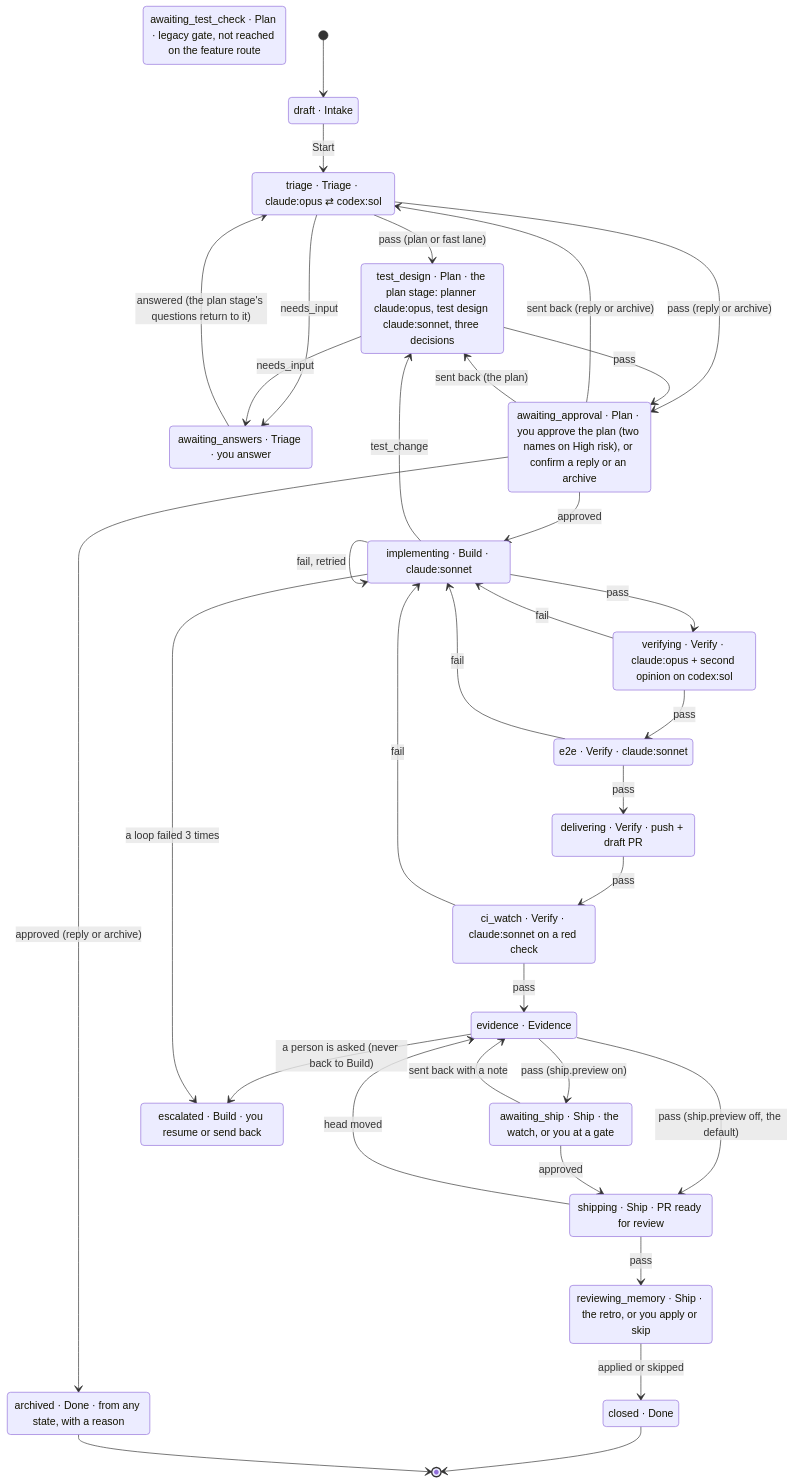
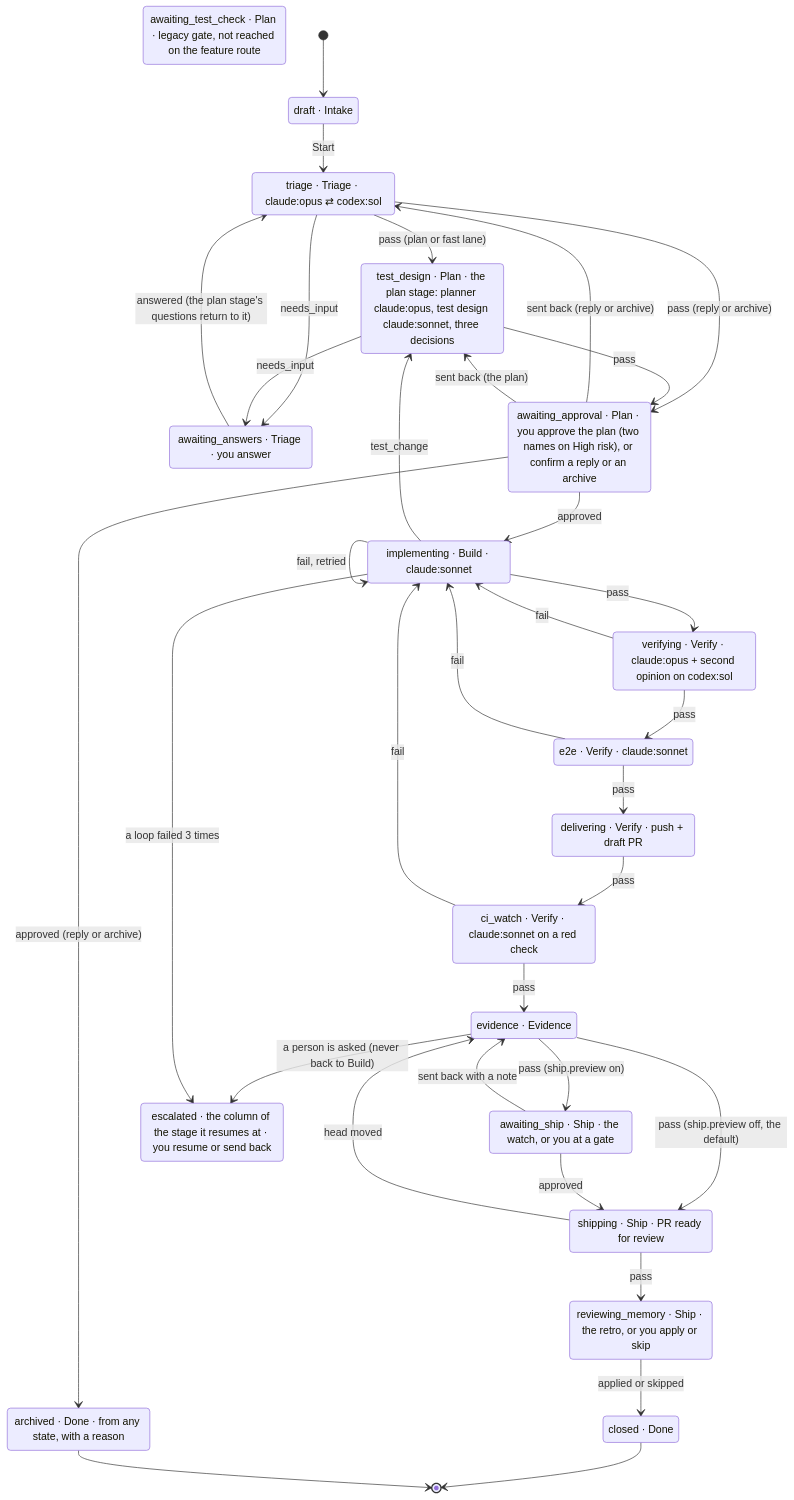
One commit to HigorAlves/luna-tui changed the second of 3 diagrams in docs/architecture.md. Above: the diagram before and after it, drawn with Mermaid. The commit also changed other lines of this file and 25 other files, not shown here.

First line of the commit message:
fix: one approver by default, stage init, conflict handling, escalated cards keep their column (#222)

````diff
--- a/docs/architecture.md
+++ b/docs/architecture.md
@@ -216,56 +216,56 @@
 ```mermaid
 stateDiagram-v2
   direction TB
   draft: draft · Intake
   triage: triage · Triage · claude:opus ⇄ codex:sol
   awaiting_answers: awaiting_answers · Triage · you answer
   awaiting_approval: awaiting_approval · Plan · you approve the plan (two names on High risk), or confirm a reply or an archive
   test_design: test_design · Plan · the plan stage: planner claude:opus, test design claude:sonnet, three decisions
   awaiting_test_check: awaiting_test_check · Plan · legacy gate, not reached on the feature route
   implementing: implementing · Build · claude:sonnet
   verifying: verifying · Verify · claude:opus + second opinion on codex:sol
   e2e: e2e · Verify · claude:sonnet
   delivering: delivering · Verify · push + draft PR
   ci_watch: ci_watch · Verify · claude:sonnet on a red check
   evidence: evidence · Evidence
   awaiting_ship: awaiting_ship · Ship · the watch, or you at a gate
   shipping: shipping · Ship · PR ready for review
   reviewing_memory: reviewing_memory · Ship · the retro, or you apply or skip
-  escalated: escalated · Build · you resume or send back
+  escalated: escalated · the column of the stage it resumes at · you resume or send back
   closed: closed · Done
   archived: archived · Done · from any state, with a reason
 
   [*] --> draft
   draft --> triage: Start
   triage --> awaiting_answers: needs_input
   awaiting_answers --> triage: answered (the plan stage's questions return to it)
   triage --> test_design: pass (plan or fast lane)
   triage --> awaiting_approval: pass (reply or archive)
   awaiting_approval --> triage: sent back (reply or archive)
   awaiting_approval --> archived: approved (reply or archive)
   test_design --> awaiting_approval: pass
   test_design --> awaiting_answers: needs_input
   awaiting_approval --> test_design: sent back (the plan)
   awaiting_approval --> implementing: approved
   implementing --> verifying: pass
   implementing --> implementing: fail, retried
   implementing --> test_design: test_change
   verifying --> e2e: pass
   e2e --> delivering: pass
   delivering --> ci_watch: pass
   ci_watch --> evidence: pass
   evidence --> shipping: pass (ship.preview off, the default)
   evidence --> awaiting_ship: pass (ship.preview on)
   verifying --> implementing: fail
   e2e --> implementing: fail
   ci_watch --> implementing: fail
   evidence --> escalated: a person is asked (never back to Build)
   awaiting_ship --> evidence: sent back with a note
   shipping --> evidence: head moved
   implementing --> escalated: a loop failed 3 times
   awaiting_ship --> shipping: approved
   shipping --> reviewing_memory: pass
   reviewing_memory --> closed: applied or skipped
   closed --> [*]
   archived --> [*]
 ```
````
